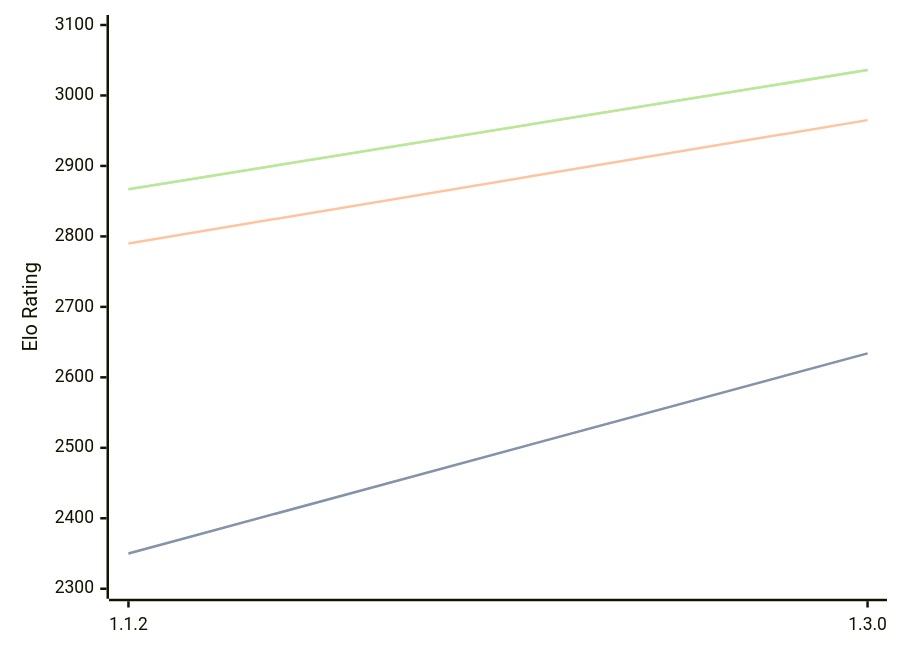
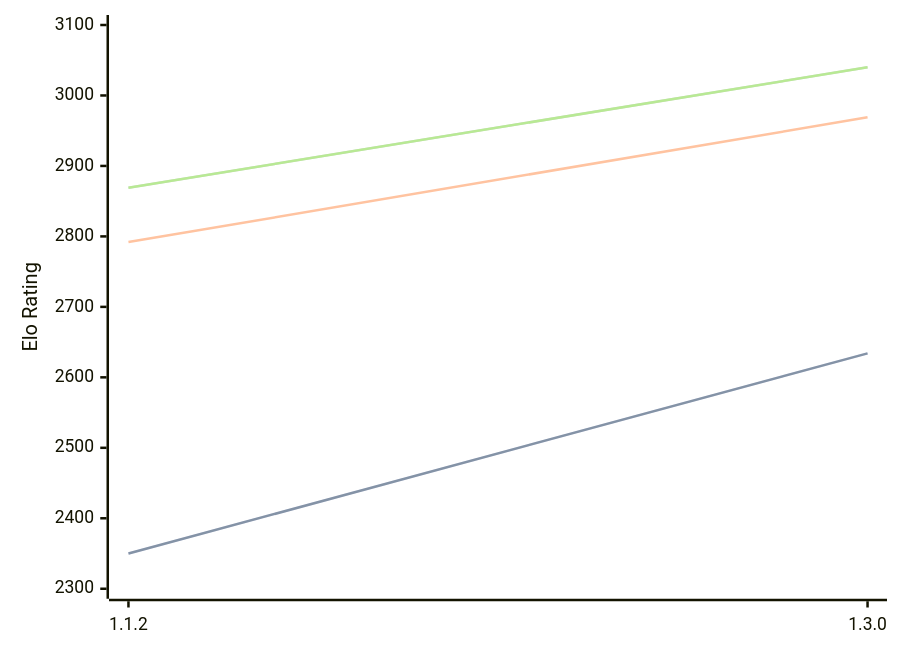
Before and after one commit to computer-chess-index/cci: the diagram in engines/Ember.md, drawn with Mermaid. The commit also changed other lines of this file, not shown here.

Commit message:
Update CCI Ratings (ELO VLTC) - 2026-09-16

````diff
--- a/engines/Ember.md
+++ b/engines/Ember.md
@@ -41,11 +41,11 @@
 ```mermaid
 %%{init: {"theme":"base","themeVariables":{"seriesColors:['#a3a3a3','#222221','#faa371']}}}%%
 xychart-beta
   x-axis ["1.1.2", "1.3.0"]
   y-axis "Elo Rating" 2300 --> 3100
   line "" [2350, 2634]
   line "STC (8.0+0.08s)" [2350, 2634]
-  line "LTC (60.0+0.60s)" [2790, 2965]
-  line "" [2867, 3036]
-  line "VLTC (2m24s+1.12s)" [2867, 3036]
+  line "LTC (60.0+0.60s)" [2792, 2969]
+  line "" [2869, 3040]
+  line "VLTC (2m24s+1.12s)" [2869, 3040]
 ```
````
